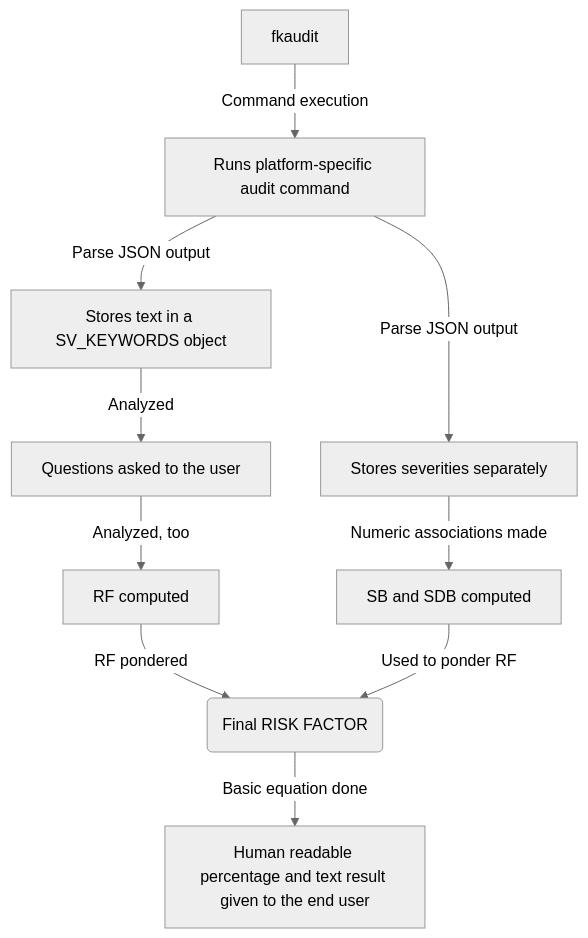
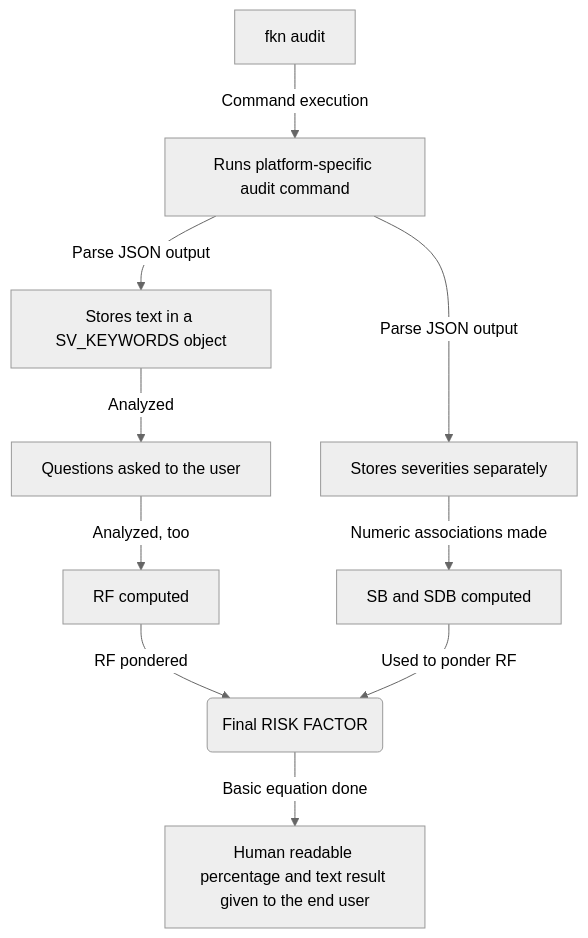
One commit to FuckingNode/fuckingnode.github.io changed the first of 3 diagrams in docs/learn/audit.md. Above: the diagram before and after it, drawn with Mermaid (neutral theme). The commit also changed other lines of this file and 25 other files, not shown here.

````diff
--- a/docs/learn/audit.md
+++ b/docs/learn/audit.md
@@ -30,12 +30,12 @@
 ```mermaid
 graph TD
-    A[fkaudit] -->|Command execution| B[Runs platform-specific audit command]
+    A[fkn audit] -->|Command execution| B[Runs platform-specific audit command]
     B -->|Parse JSON output| C[Stores text in a SV_KEYWORDS object]
     B -->|Parse JSON output| G[Stores severities separately]
     C -->|Analyzed| D[Questions asked to the user]
     D -->|Analyzed, too| E[RF computed]
     E -->|RF pondered| H(Final RISK FACTOR)
     G -->|Numeric associations made| J[SB and SDB computed]
     J -->|Used to ponder RF| H
     H -->|Basic equation done| K[Human readable percentage and text result given to the end user]
 ```
````
